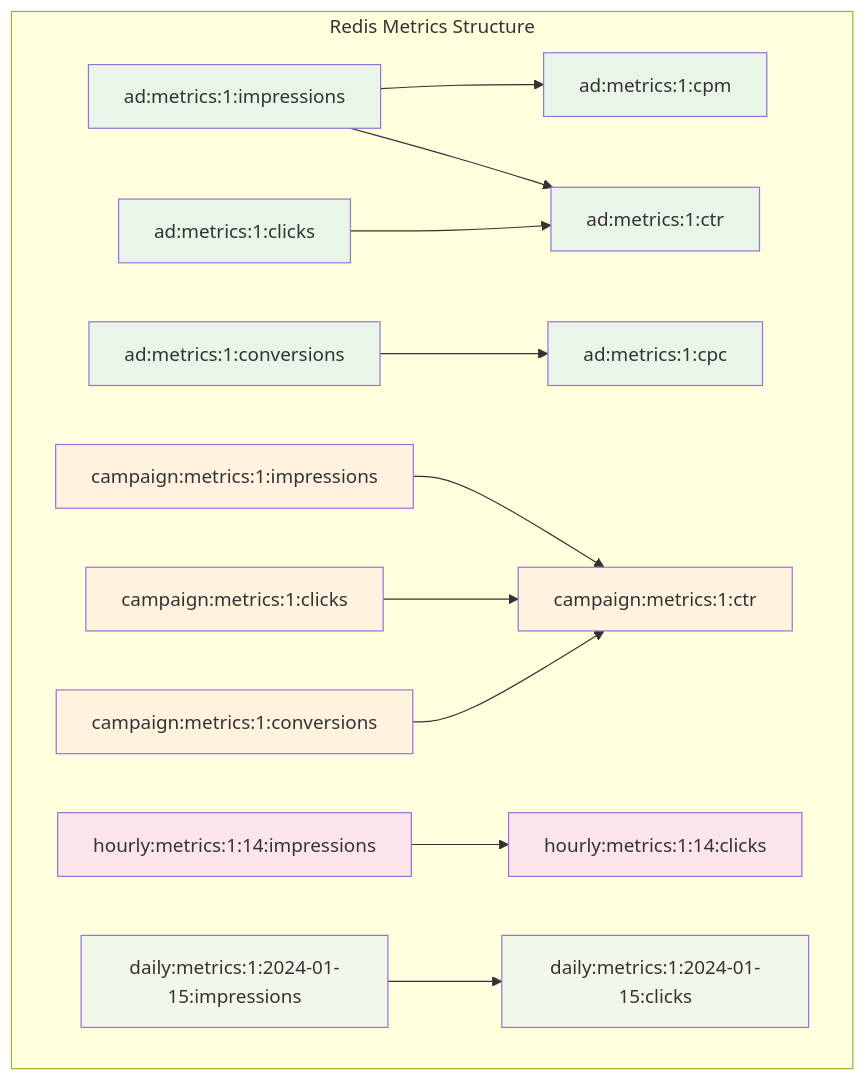
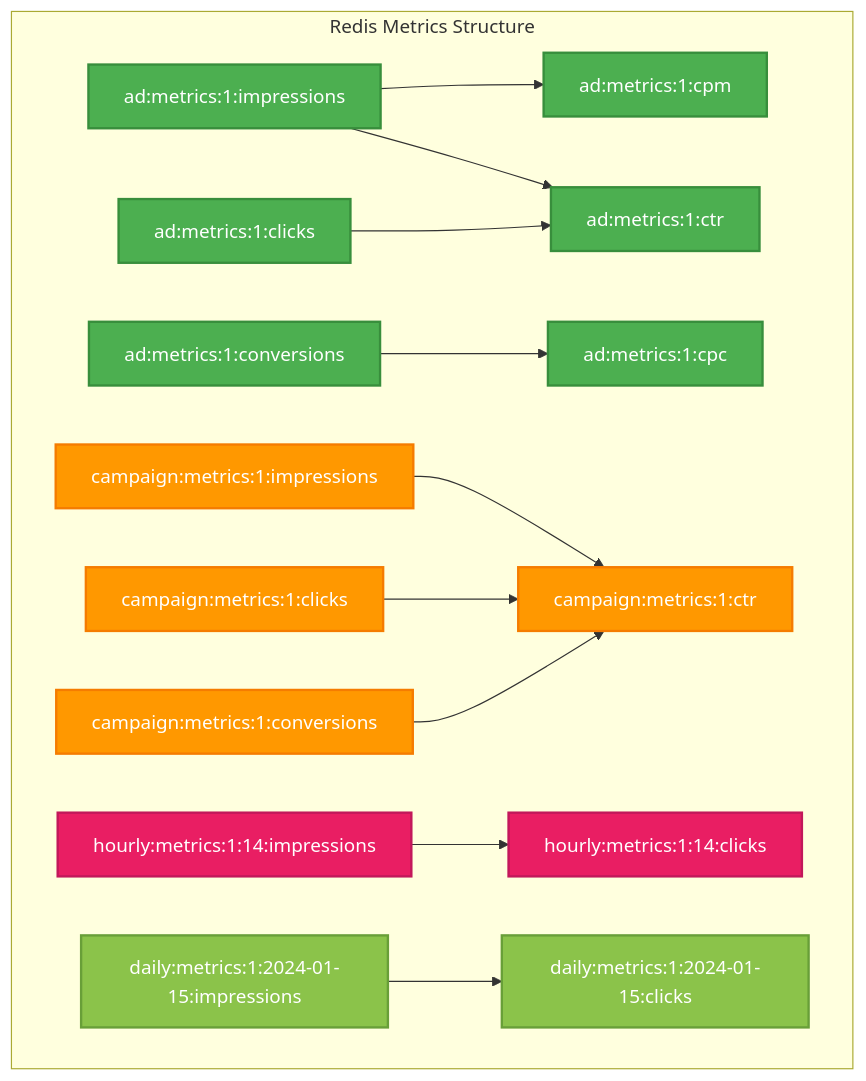
One commit to kmkmi/spring-msa-ddd changed the fourth of 4 diagrams in docs/images/data-pipeline-architecture.md. Above: the diagram before and after it, drawn with Mermaid. The commit also changed other lines of this file and 12 other files, not shown here.

````diff
--- a/docs/images/data-pipeline-architecture.md
+++ b/docs/images/data-pipeline-architecture.md
@@ -231,50 +229,49 @@
 ```mermaid
 graph TD
     subgraph "Redis Metrics Structure"
         A[ad:metrics:1:impressions]
         B[ad:metrics:1:clicks]
         C[ad:metrics:1:conversions]
         D[ad:metrics:1:ctr]
         E[ad:metrics:1:cpc]
         F[ad:metrics:1:cpm]
         
         G[campaign:metrics:1:impressions]
         H[campaign:metrics:1:clicks]
         I[campaign:metrics:1:conversions]
         J[campaign:metrics:1:ctr]
         
         K[hourly:metrics:1:14:impressions]
         L[hourly:metrics:1:14:clicks]
         
         M[daily:metrics:1:2024-01-15:impressions]
         N[daily:metrics:1:2024-01-15:clicks]
     end
 
     %% 광고별 메트릭
     A --> D
     B --> D
     C --> E
     A --> F
     
     %% 캠페인별 메트릭
     G --> J
     H --> J
     I --> J
     
     %% 시간별 집계
     K --> L
     
     %% 일별 집계
     M --> N
 
-    %% 스타일
-    classDef adMetrics fill:#e8f5e8
-    classDef campaignMetrics fill:#fff3e0
-    classDef hourlyMetrics fill:#fce4ec
-    classDef dailyMetrics fill:#f1f8e9
+    classDef adMetrics fill:#4caf50,stroke:#388e3c,stroke-width:2px,color:#ffffff
+    classDef campaignMetrics fill:#ff9800,stroke:#f57c00,stroke-width:2px,color:#ffffff
+    classDef hourlyMetrics fill:#e91e63,stroke:#c2185b,stroke-width:2px,color:#ffffff
+    classDef dailyMetrics fill:#8bc34a,stroke:#689f38,stroke-width:2px,color:#ffffff
 
     class A,B,C,D,E,F adMetrics
     class G,H,I,J campaignMetrics
     class K,L hourlyMetrics
     class M,N dailyMetrics
 ```
````
